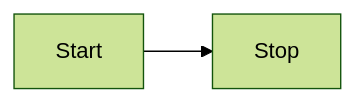
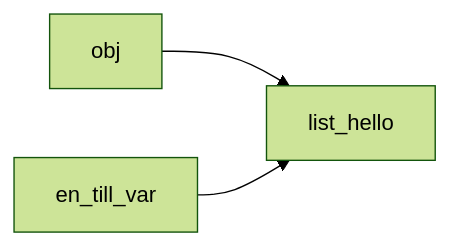
Before and after one commit to nackc8/py-live: the second of 3 diagrams in ITINF24/lektion9/refcount.md, drawn with Mermaid (forest theme). The commit also changed other lines of this file, not shown here.

````diff
--- a/ITINF24/lektion9/refcount.md
+++ b/ITINF24/lektion9/refcount.md
@@ -20,4 +17,5 @@
 ```mermaid
 flowchart LR
-    Start --> Stop
+    obj --> list_hello
+    en_till_var --> list_hello
 ```
````
